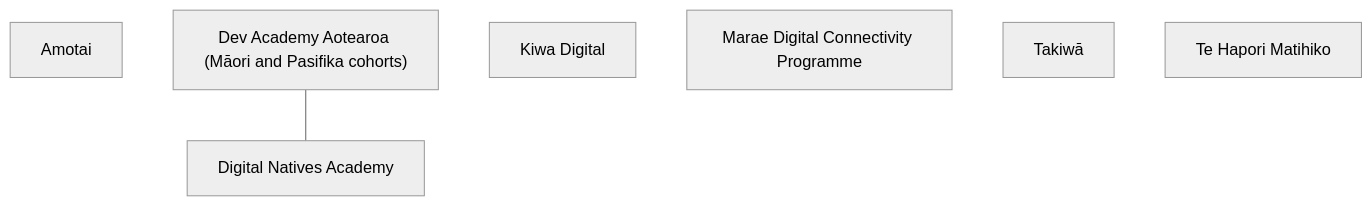
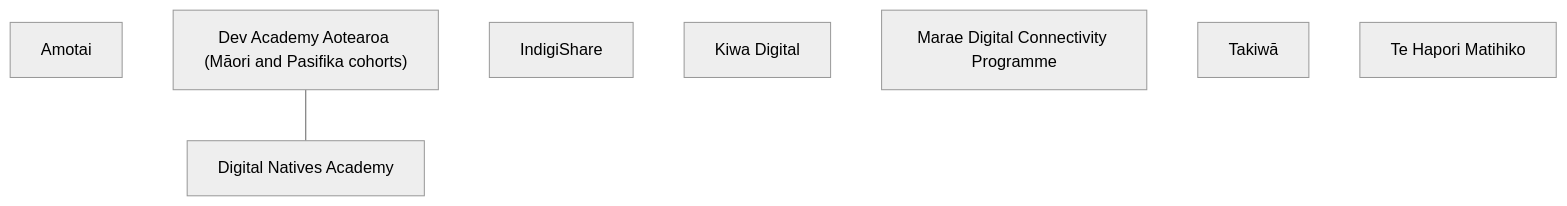
The fifth of 24 diagrams in GUIDE.md (olitreadwell/nz-tech-for-good), drawn with Mermaid (neutral theme) before and after one commit. The commit also changed other lines of this file and 16 other files, not shown here.

````diff
--- a/GUIDE.md
+++ b/GUIDE.md
@@ -153,11 +153,12 @@
 ```mermaid
 flowchart TD
     n_Amotai["Amotai"]
     n_DevAcademyAotearoaMorian["Dev Academy Aotearoa (Māori and Pasifika cohorts)"]
     n_DigitalNativesAcademy["Digital Natives Academy"]
+    n_IndigiShare["IndigiShare"]
     n_KiwaDigital["Kiwa Digital"]
     n_MaraeDigitalConnectivity["Marae Digital Connectivity Programme"]
     n_Takiw["Takiwā"]
     n_TeHaporiMatihiko["Te Hapori Matihiko"]
     n_DevAcademyAotearoaMorian --- n_DigitalNativesAcademy
 ```
````
